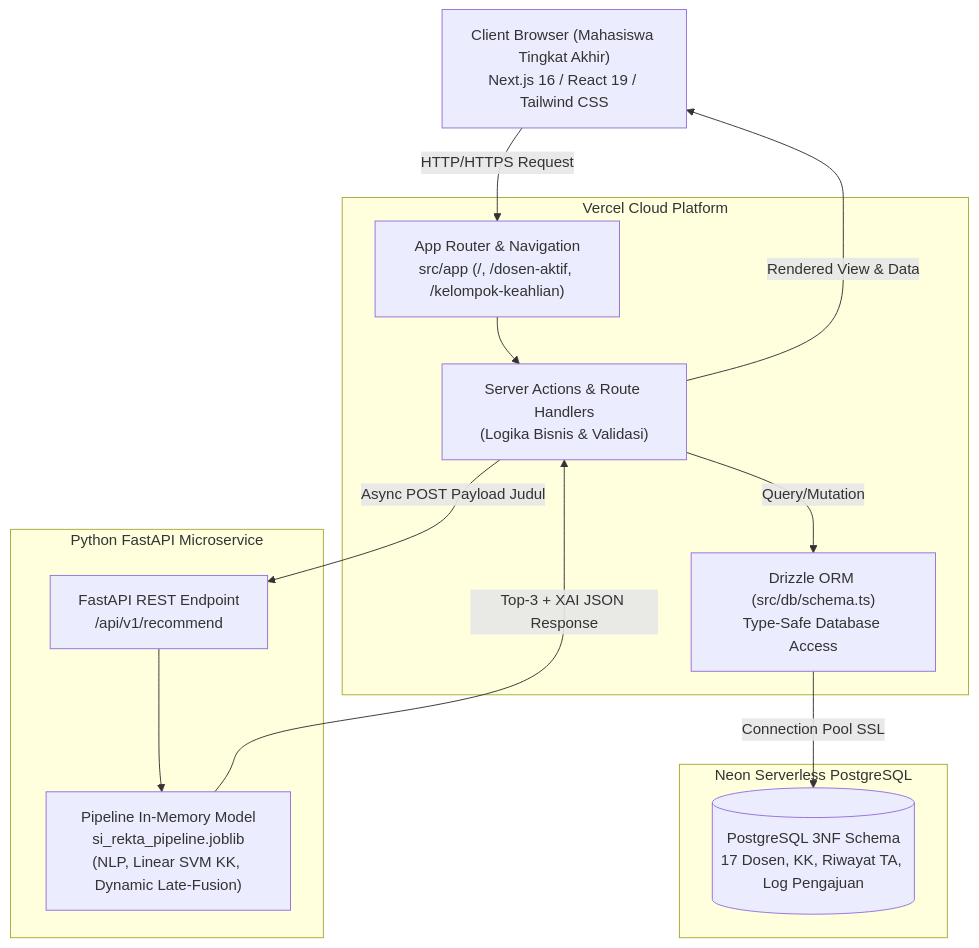
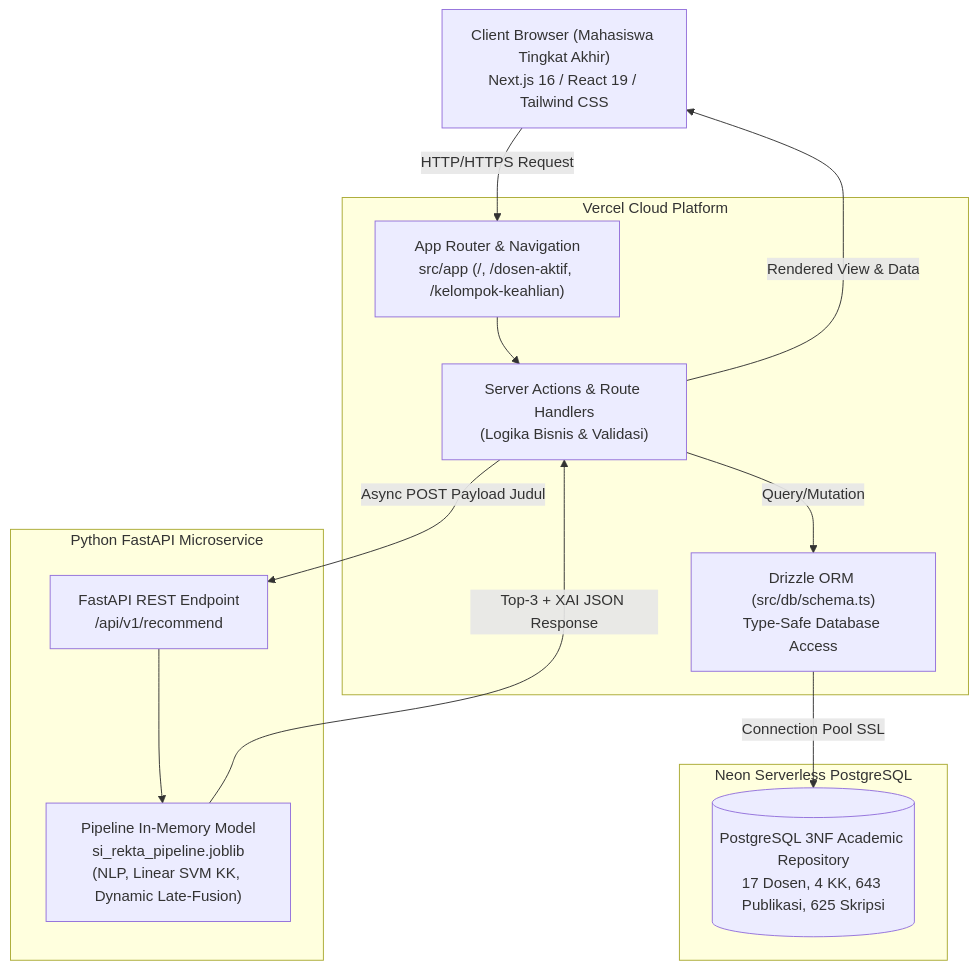
One commit to accfd/SI-REKTA changed the second of 2 diagrams in docs/SI-REKTA_PRD.md. Above: the diagram before and after it, drawn with Mermaid. The commit also changed other lines of this file, not shown here.

````diff
--- a/docs/SI-REKTA_PRD.md
+++ b/docs/SI-REKTA_PRD.md
@@ -256,28 +230,28 @@
 ```mermaid
 graph TD
     Client["Client Browser (Mahasiswa Tingkat Akhir)<br>Next.js 16 / React 19 / Tailwind CSS"]
     
     subgraph Vercel_Platform["Vercel Cloud Platform"]
         AppRouter["App Router & Navigation<br>src/app (/, /dosen-aktif, /kelompok-keahlian)"]
         ServerActions["Server Actions & Route Handlers<br>(Logika Bisnis & Validasi)"]
         DrizzleORM["Drizzle ORM (src/db/schema.ts)<br>Type-Safe Database Access"]
     end
     
     subgraph Database_Cloud["Neon Serverless PostgreSQL"]
-        DB[(PostgreSQL 3NF Schema<br>17 Dosen, KK, Riwayat TA, Log Pengajuan)]
+        DB[(PostgreSQL 3NF Academic Repository<br>17 Dosen, 4 KK, 643 Publikasi, 625 Skripsi)]
     end
     
     subgraph ML_Microservice["Python FastAPI Microservice"]
         FastAPIEndpoint["FastAPI REST Endpoint<br>/api/v1/recommend"]
         JoblibPipeline["Pipeline In-Memory Model<br>si_rekta_pipeline.joblib<br>(NLP, Linear SVM KK, Dynamic Late-Fusion)"]
     end
 
     Client -->|HTTP/HTTPS Request| AppRouter
     AppRouter --> ServerActions
     ServerActions -->|Query/Mutation| DrizzleORM
     DrizzleORM -->|Connection Pool SSL| DB
     ServerActions -->|Async POST Payload Judul| FastAPIEndpoint
     FastAPIEndpoint --> JoblibPipeline
     JoblibPipeline -->|Top-3 + XAI JSON Response| ServerActions
     ServerActions -->|Rendered View & Data| Client
 ```
````
